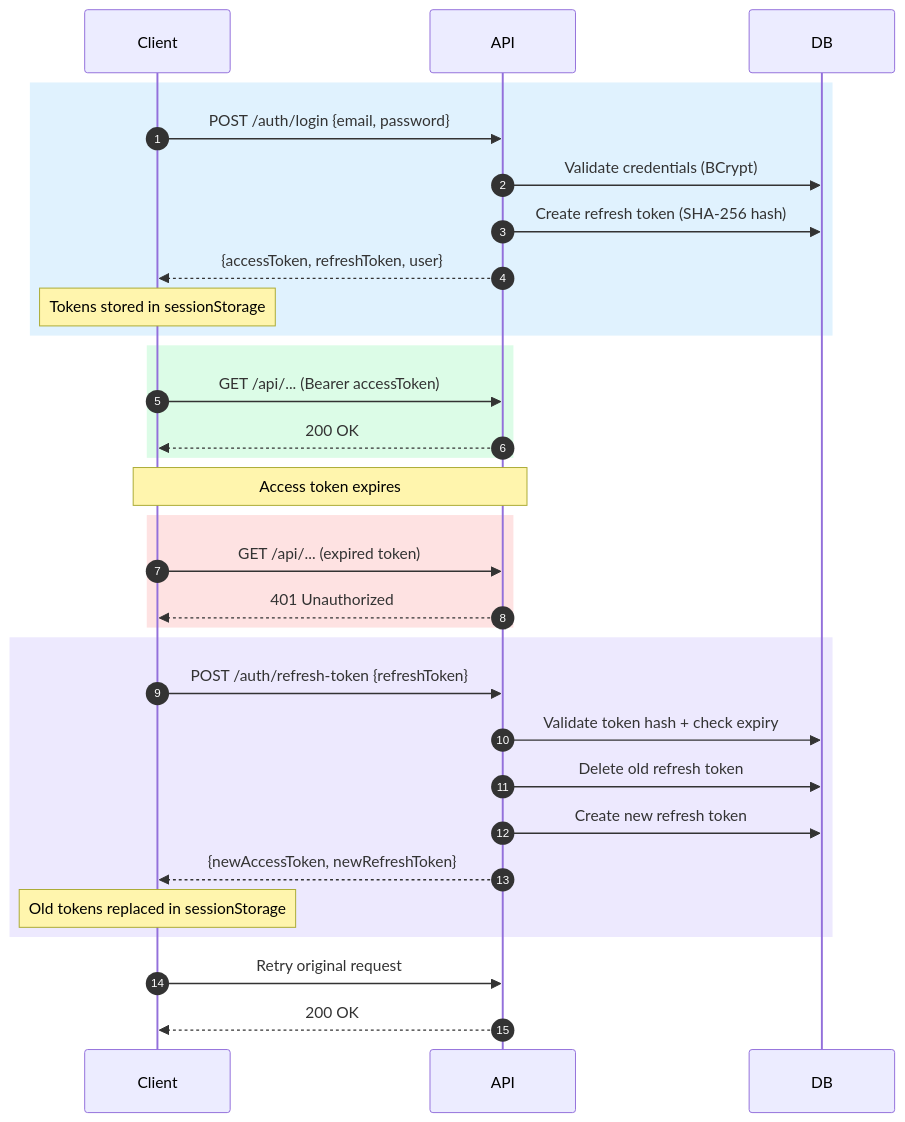
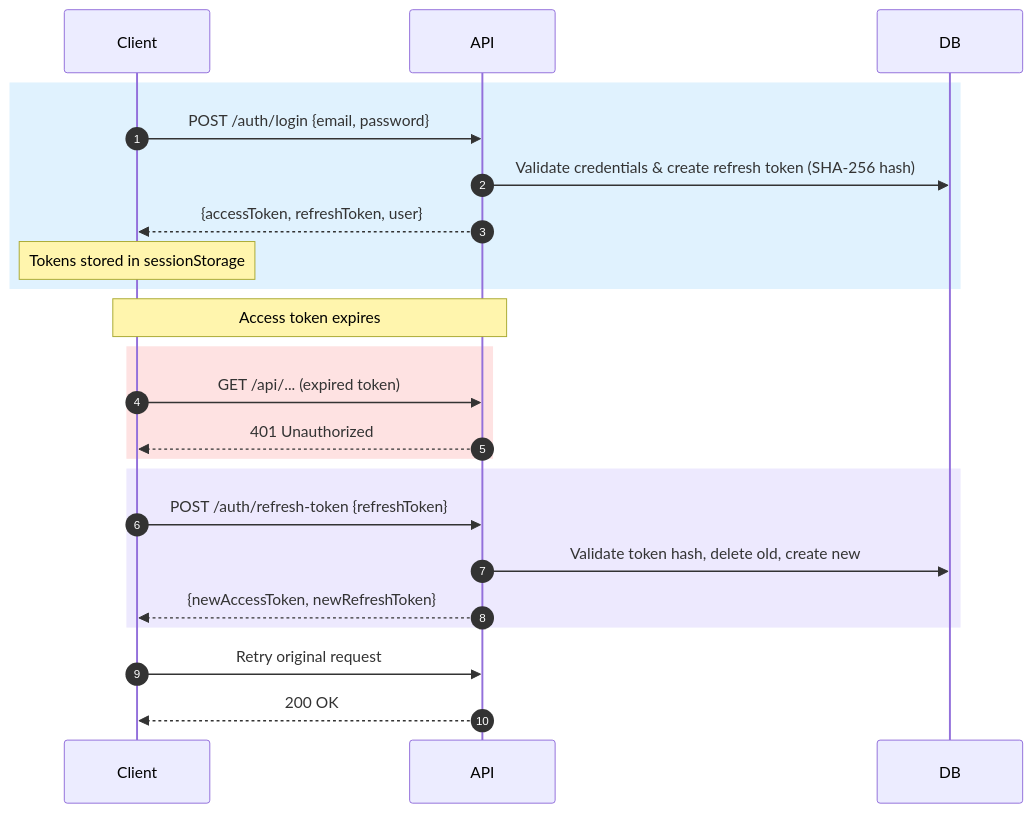
One commit to ErayYalman/application-management-system changed the third of 8 diagrams in README.md. Above: the diagram before and after it, drawn with Mermaid. The commit also changed other lines of this file, not shown here.

````diff
--- a/README.md
+++ b/README.md
@@ -265,39 +164,30 @@
 ```mermaid
 sequenceDiagram
     autonumber
     participant Client
     participant API
     participant DB
 
     rect rgb(224, 242, 254)
     Client->>API: POST /auth/login {email, password}
-    API->>DB: Validate credentials (BCrypt)
-    API->>DB: Create refresh token (SHA-256 hash)
+    API->>DB: Validate credentials & create refresh token (SHA-256 hash)
     API-->>Client: {accessToken, refreshToken, user}
     Note over Client: Tokens stored in sessionStorage
-    end
-
-    rect rgb(220, 252, 231)
-    Client->>API: GET /api/... (Bearer accessToken)
-    API-->>Client: 200 OK
     end
 
     Note over Client,API: Access token expires
 
     rect rgb(254, 226, 226)
     Client->>API: GET /api/... (expired token)
     API-->>Client: 401 Unauthorized
     end
 
     rect rgb(237, 233, 254)
     Client->>API: POST /auth/refresh-token {refreshToken}
-    API->>DB: Validate token hash + check expiry
-    API->>DB: Delete old refresh token
-    API->>DB: Create new refresh token
+    API->>DB: Validate token hash, delete old, create new
     API-->>Client: {newAccessToken, newRefreshToken}
-    Note over Client: Old tokens replaced in sessionStorage
     end
 
     Client->>API: Retry original request
     API-->>Client: 200 OK
 ```
````
